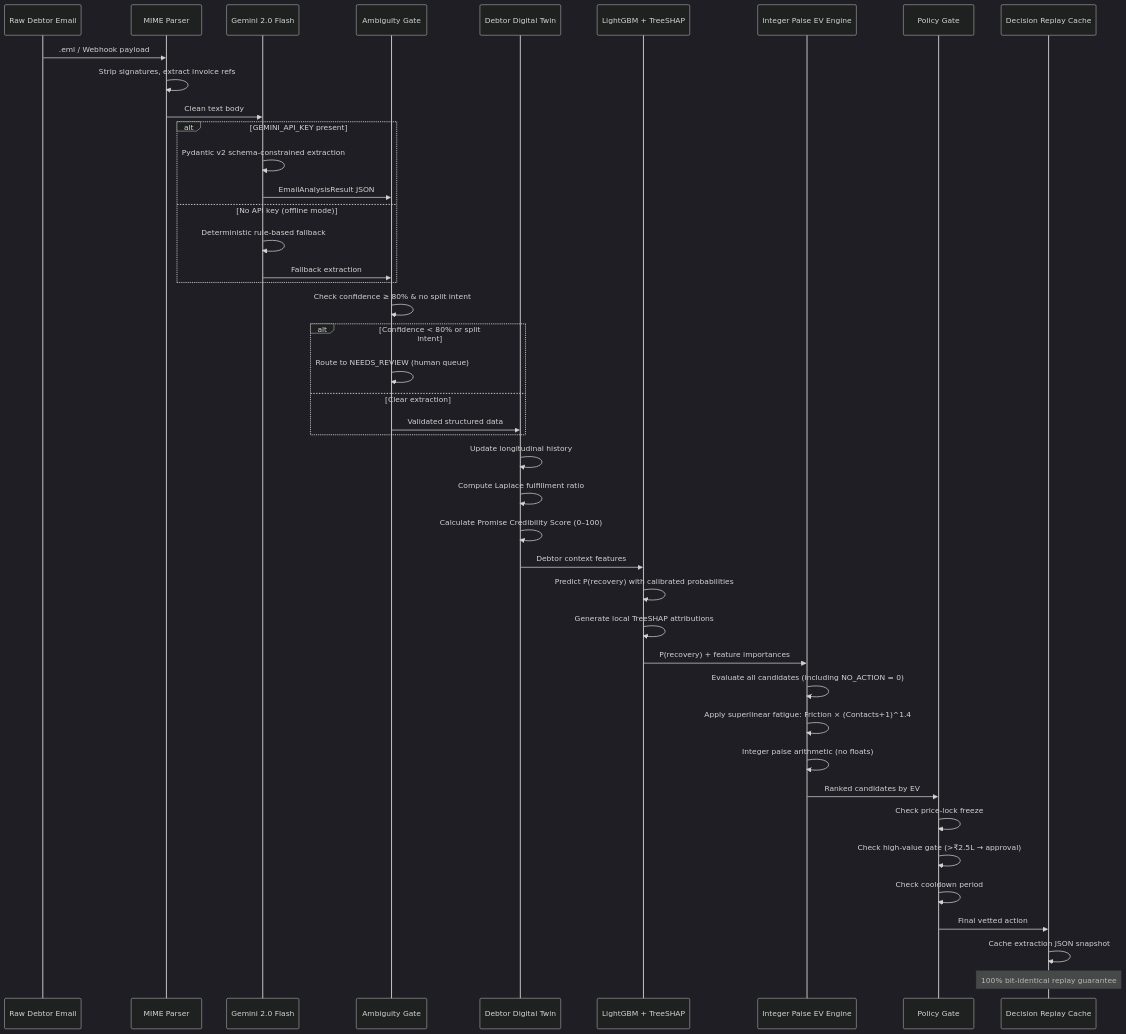
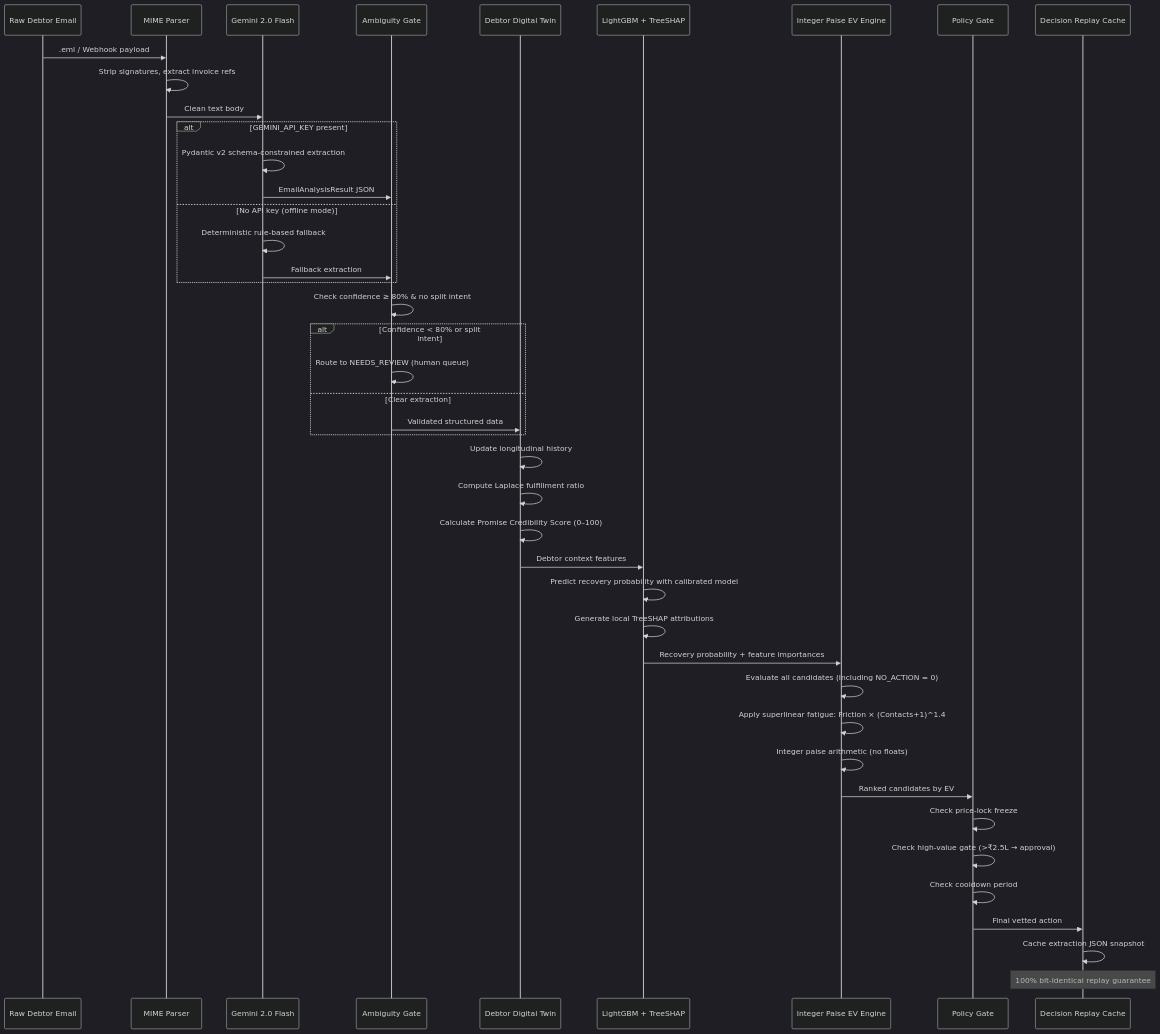
Before and after one commit to Harsh-15771/CashIQ: the second of 2 diagrams in README.md, drawn with Mermaid (dark theme). The commit also changed other lines of this file and 1 other file, not shown here.

Commit message:
fix: resolve GitHub Mermaid edge label quotes and KaTeX underscore formatting

````diff
--- a/README.md
+++ b/README.md
@@ -146,54 +146,54 @@
 ```mermaid
 sequenceDiagram
     participant EMAIL as Raw Debtor Email
     participant MIME as MIME Parser
     participant LLM as Gemini 2.0 Flash
     participant GATE as Ambiguity Gate
     participant TWIN as Debtor Digital Twin
     participant ML as LightGBM + TreeSHAP
     participant EV as Integer Paise EV Engine
     participant POLICY as Policy Gate
     participant REPLAY as Decision Replay Cache
 
     EMAIL->>MIME: .eml / Webhook payload
     MIME->>MIME: Strip signatures, extract invoice refs
     MIME->>LLM: Clean text body
 
     alt GEMINI_API_KEY present
         LLM->>LLM: Pydantic v2 schema-constrained extraction
         LLM->>GATE: EmailAnalysisResult JSON
     else No API key (offline mode)
         LLM->>LLM: Deterministic rule-based fallback
         LLM->>GATE: Fallback extraction
     end
 
     GATE->>GATE: Check confidence ≥ 80% & no split intent
 
     alt Confidence < 80% or split intent
         GATE->>GATE: Route to NEEDS_REVIEW (human queue)
     else Clear extraction
         GATE->>TWIN: Validated structured data
     end
 
     TWIN->>TWIN: Update longitudinal history
     TWIN->>TWIN: Compute Laplace fulfillment ratio
     TWIN->>TWIN: Calculate Promise Credibility Score (0–100)
     TWIN->>ML: Debtor context features
 
-    ML->>ML: Predict P(recovery) with calibrated probabilities
+    ML->>ML: Predict recovery probability with calibrated model
     ML->>ML: Generate local TreeSHAP attributions
-    ML->>EV: P(recovery) + feature importances
+    ML->>EV: Recovery probability + feature importances
 
     EV->>EV: Evaluate all candidates (including NO_ACTION = 0)
     EV->>EV: Apply superlinear fatigue: Friction × (Contacts+1)^1.4
     EV->>EV: Integer paise arithmetic (no floats)
     EV->>POLICY: Ranked candidates by EV
 
     POLICY->>POLICY: Check price-lock freeze
     POLICY->>POLICY: Check high-value gate (>₹2.5L → approval)
     POLICY->>POLICY: Check cooldown period
 
     POLICY->>REPLAY: Final vetted action
     REPLAY->>REPLAY: Cache extraction JSON snapshot
     Note over REPLAY: 100% bit-identical replay guarantee
 ```
````
